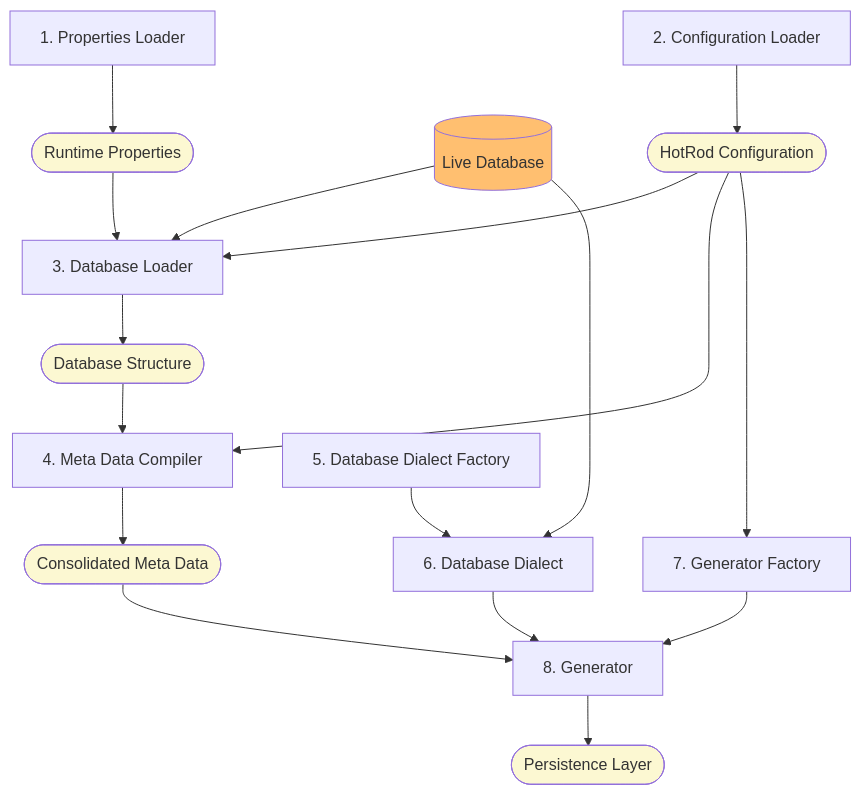
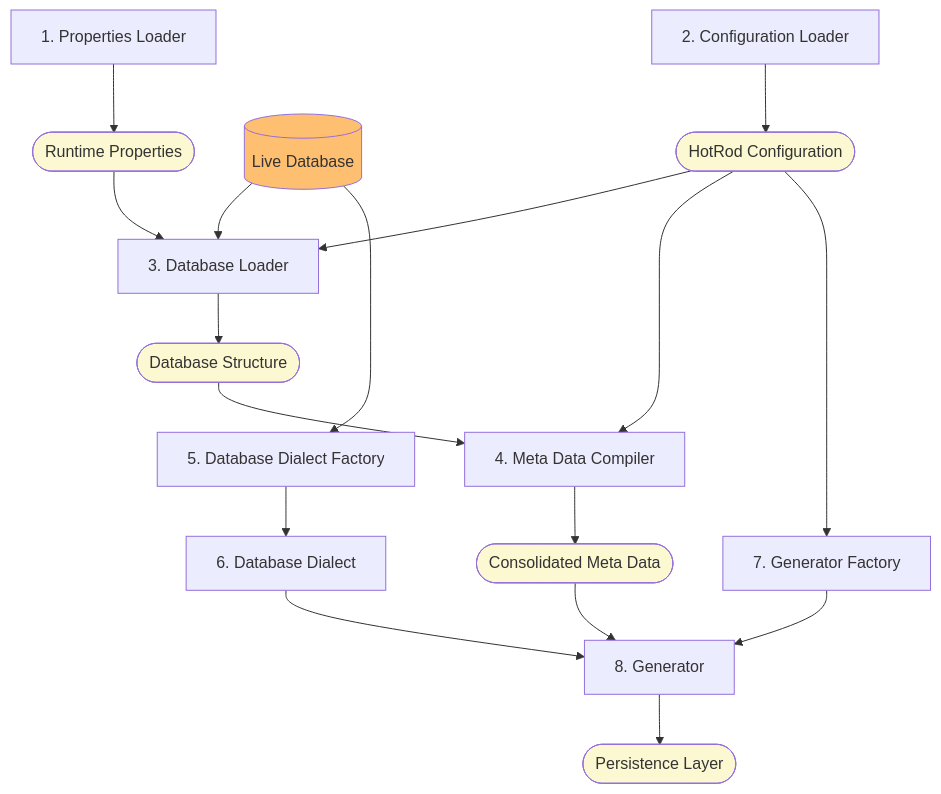
Before and after one commit to hotrodorm/hotrod: the diagram in hotrod-project/docs/architecture.md, drawn with Mermaid.

````diff
--- a/hotrod-project/docs/architecture.md
+++ b/hotrod-project/docs/architecture.md
@@ -17,32 +17,32 @@
 ```mermaid
 graph TD;
 
 A[1. Properties Loader] --> B([Runtime Properties]);
 style B fill:#fcf8d2
 
 B --> F[3. Database Loader];
 G[(Live Database)] --> F;
 style G fill:#ffbf70
 C[2. Configuration Loader] --> D([HotRod Configuration]);
 style D fill:#fcf8d2
 D --> F;
 F --> E([Database Structure]);
 style E fill:#fcf8d2
 
-G --> N;
+G --> M;
 
 E --> H[4. Meta Data Compiler];
 D --> H;
 H --> I([Consolidated Meta Data]);
 style I fill:#fcf8d2
 
 D --> J[7. Generator Factory];
 J --> K[8. Generator];
 I --> K;
 K --> L([Persistence Layer]);
 style L fill:#fcf8d2
 
 M[5. Database Dialect Factory] --> N[6. Database Dialect];
 N --> K;
 
 ```
````
